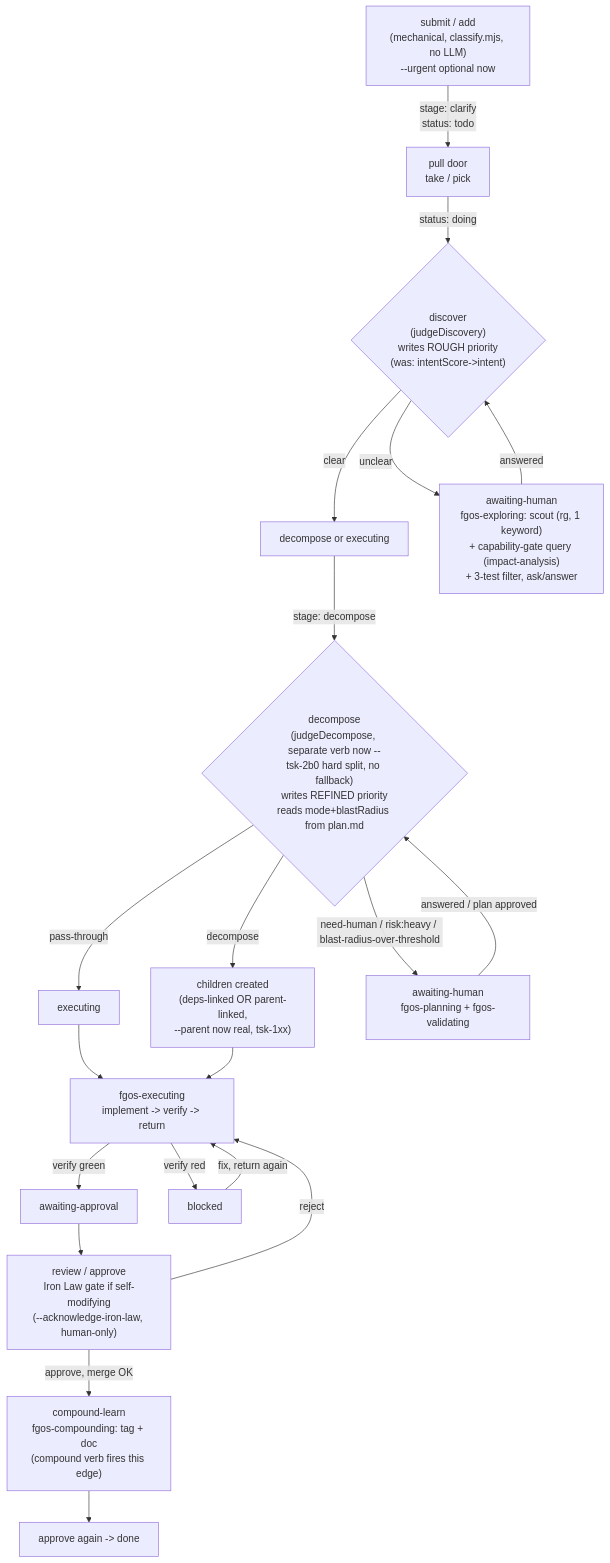
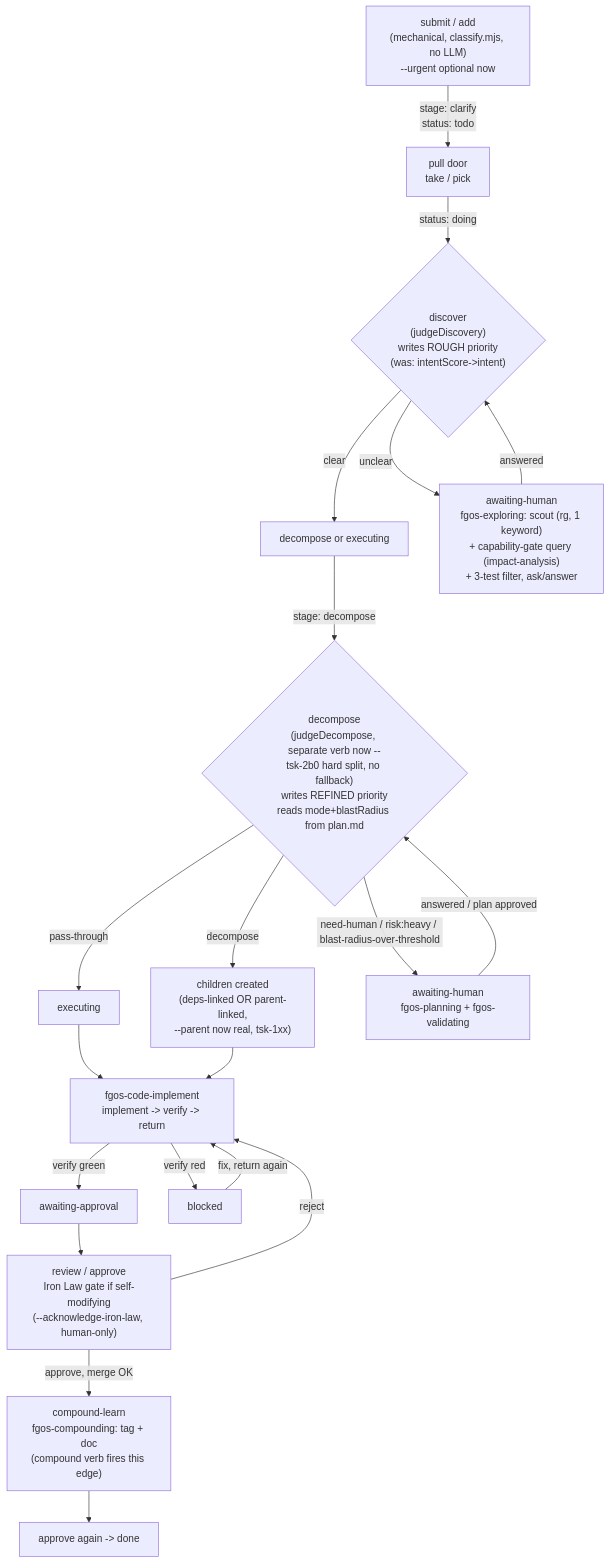
Before and after one commit to vantt/forgent: the diagram in plans/reports/pipeline-doc-refresh-260731-1452-post-tsk-4y5-daily-flow-impact-report.md, drawn with Mermaid. The commit also changed other lines of this file and 130 other files, not shown here.

First line of the commit message:
chore(tsk-f38): rename skill fgos-executing to fgos-code-implement

````diff
--- a/plans/reports/pipeline-doc-refresh-260731-1452-post-tsk-4y5-daily-flow-impact-report.md
+++ b/plans/reports/pipeline-doc-refresh-260731-1452-post-tsk-4y5-daily-flow-impact-report.md
@@ -11,22 +11,22 @@
 ```mermaid
 flowchart TD
     A["submit / add<br/>(mechanical, classify.mjs, no LLM)<br/>--urgent optional now"] -->|"stage: clarify<br/>status: todo"| B["pull door<br/>take / pick"]
     B -->|"status: doing"| C{"discover<br/>(judgeDiscovery)<br/>writes ROUGH priority<br/>(was: intentScore->intent)"}
     C -->|"clear"| E1["decompose or executing"]
     C -->|"unclear"| D["awaiting-human<br/>fgos-exploring: scout (rg, 1 keyword)<br/>+ capability-gate query (impact-analysis)<br/>+ 3-test filter, ask/answer"]
     D -->|"answered"| C
     E1 -->|"stage: decompose"| F{"decompose<br/>(judgeDecompose, separate verb now --<br/>tsk-2b0 hard split, no fallback)<br/>writes REFINED priority<br/>reads mode+blastRadius from plan.md"}
     F -->|"pass-through"| H["executing"]
     F -->|"decompose"| G["children created<br/>(deps-linked OR parent-linked,<br/>--parent now real, tsk-1xx)"]
     F -->|"need-human / risk:heavy / blast-radius-over-threshold"| D2["awaiting-human<br/>fgos-planning + fgos-validating"]
     D2 -->|"answered / plan approved"| F
-    H --> I["fgos-executing<br/>implement -> verify -> return"]
+    H --> I["fgos-code-implement<br/>implement -> verify -> return"]
     G --> I
     I -->|"verify green"| J["awaiting-approval"]
     I -->|"verify red"| K["blocked"]
     K -->|"fix, return again"| I
     J --> L["review / approve<br/>Iron Law gate if self-modifying<br/>(--acknowledge-iron-law, human-only)"]
     L -->|"reject"| I
     L -->|"approve, merge OK"| M["compound-learn<br/>fgos-compounding: tag + doc<br/>(compound verb fires this edge)"]
     M --> N["approve again -> done"]
 ```
````
